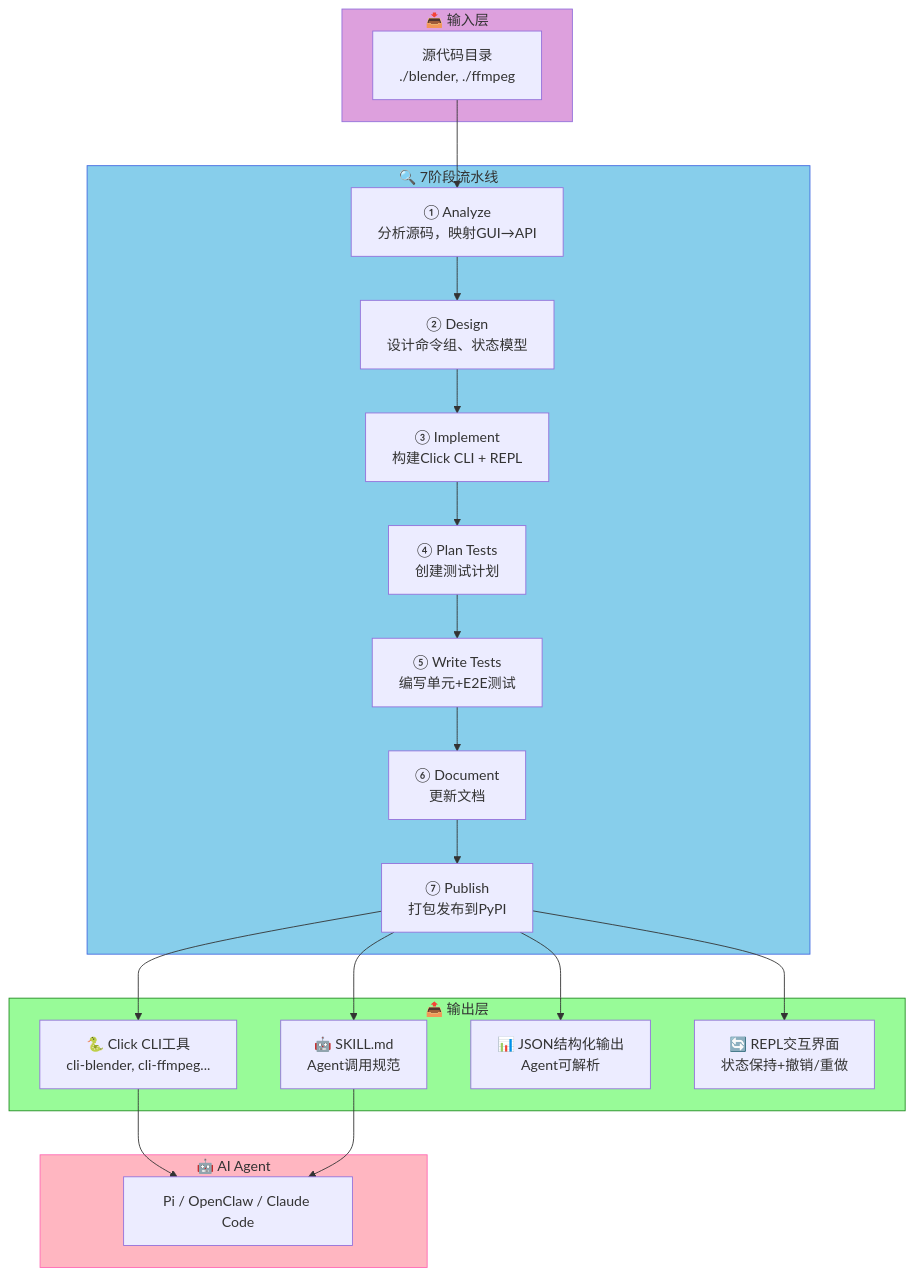
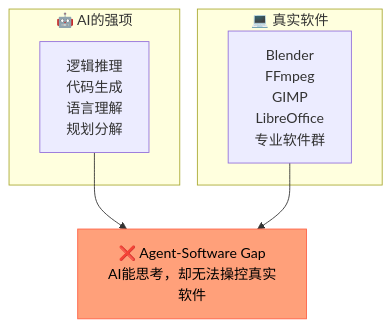
One commit to xuqi2024/xuqi2024.github.io changed the first of 15 diagrams in source/_posts/2026-04-15-cli-anything-analysis.md. Above: the diagram before and after it, drawn with Mermaid. The commit also changed other lines of this file, not shown here.

Commit message:
更新: CLI-Anything深度解析 - 更深刻分析+详细未来展望

````diff
--- a/source/_posts/2026-04-15-cli-anything-analysis.md
+++ b/source/_posts/2026-04-15-cli-anything-analysis.md
@@ -89,43 +34,17 @@
 ```mermaid
 flowchart TB
-    subgraph 输入层["📥 输入层"]
-        CODE["源代码目录<br/>./blender, ./ffmpeg"]
+    subgraph AI能力["🤖 AI的强项"]
+        REASON["逻辑推理<br/>代码生成<br/>语言理解<br/>规划分解"]
     end
     
-    subgraph 分析层["🔍 7阶段流水线"]
-        A1["① Analyze<br/>分析源码，映射GUI→API"]
-        A2["② Design<br/>设计命令组、状态模型"]
-        A3["③ Implement<br/>构建Click CLI + REPL"]
-        A4["④ Plan Tests<br/>创建测试计划"]
-        A5["⑤ Write Tests<br/>编写单元+E2E测试"]
-        A6["⑥ Document<br/>更新文档"]
-        A7["⑦ Publish<br/>打包发布到PyPI"]
-        
-        A1 --> A2 --> A3 --> A4 --> A5 --> A6 --> A7
+    subgraph 软件现实["💻 真实软件"]
+        SW[" Blender<br/>FFmpeg<br/>GIMP<br/>LibreOffice<br/>专业软件群"]
     end
     
-    subgraph 输出层["📤 输出层"]
-        CLI["🐍 Click CLI工具<br/>cli-blender, cli-ffmpeg..."]
-        SKILL["🤖 SKILL.md<br/>Agent调用规范"]
-        JSON["📊 JSON结构化输出<br/>Agent可解析"]
-        REPL["🔄 REPL交互界面<br/>状态保持+撤销/重做"]
-    end
+   断层["❌ Agent-Software Gap<br/>AI能思考，却无法操控真实软件"]
     
-    CODE --> A1
-    A7 --> CLI
-    A7 --> SKILL
-    A7 --> JSON
-    A7 --> REPL
+    REASON --> 断层
+    SW --> 断层
     
-    subgraph Agent层["🤖 AI Agent"]
-        AGENT["Pi / OpenClaw / Claude Code"]
-    end
-    
-    CLI --> AGENT
-    SKILL --> AGENT
-    
-    style 输入层 fill:#DDA0DD,stroke:#9370DB
-    style 分析层 fill:#87CEEB,stroke:#4169E1
-    style 输出层 fill:#98FB98,stroke:#228B22
-    style Agent层 fill:#FFB6C1,stroke:#FF69B4
+    style 断层 fill:#FFA07A,stroke:#FF6347,color:#000
 ```
````
